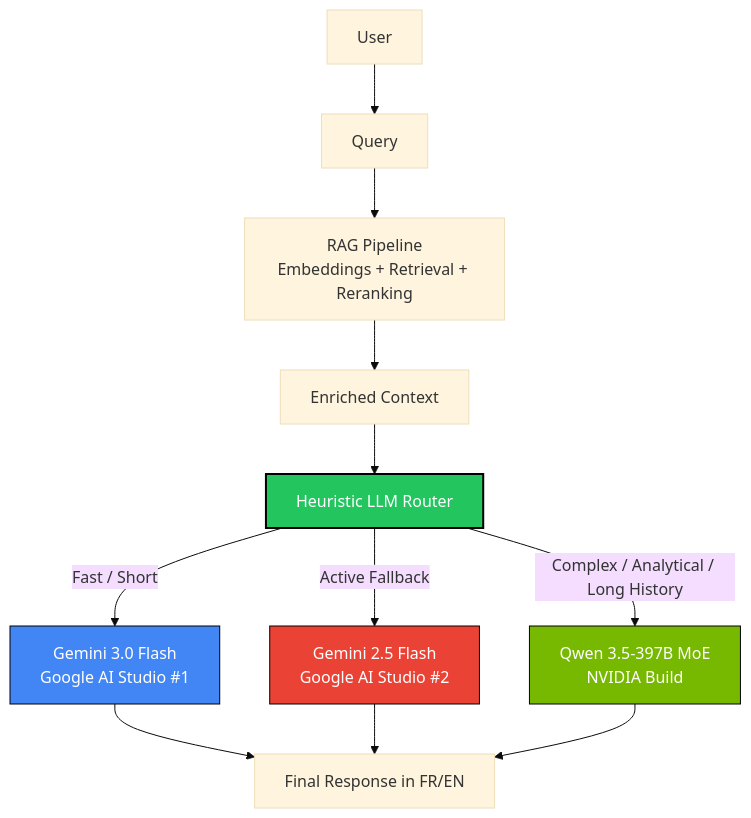
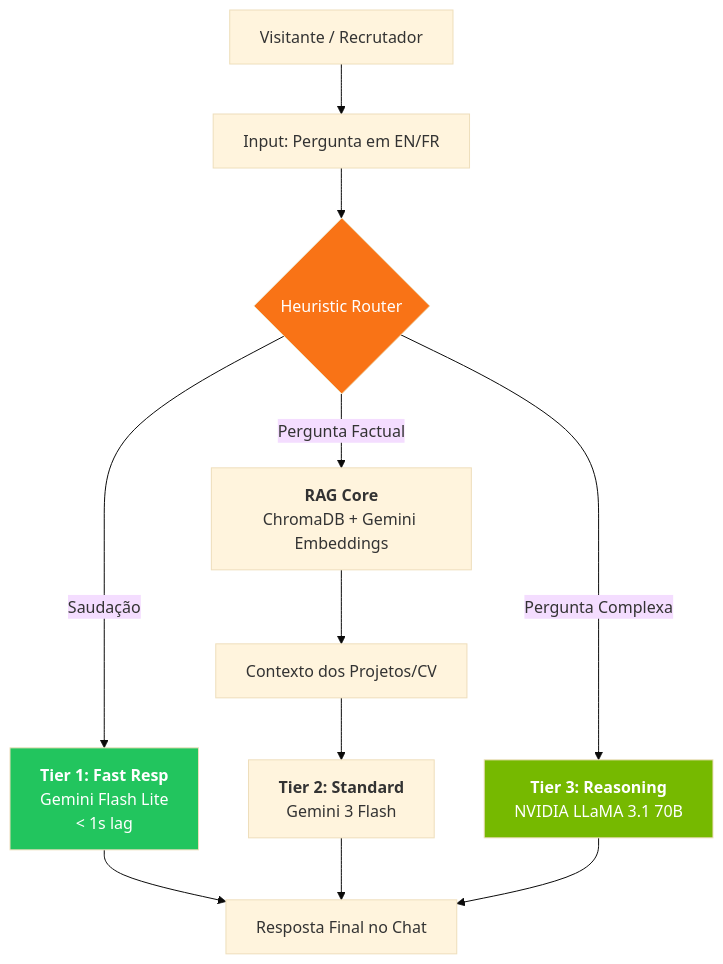
One commit to R-midolli/Midolli-AI changed the diagram in README.md. Above: the diagram before and after it, drawn with Mermaid (base theme). The commit also changed other lines of this file, not shown here.

Commit message:
docs: complete rewrite of README.md — v5.0 architecture, tri-tier router, Super-RAG, LLM-Judge

````diff
--- a/README.md
+++ b/README.md
@@ -28,21 +21,20 @@
 ```mermaid
 flowchart TD
-    A[User] --> B[Query]
-    B --> C[RAG Pipeline\nEmbeddings + Retrieval + Reranking]
-    C --> D[Enriched Context]
+    A[Visitante / Recrutador] --> B[Input: Pergunta em EN/FR]
+    B --> C{Heuristic Router}
     
-    D --> E[Heuristic LLM Router]
+    C -->|Saudação| D[<b>Tier 1: Fast Resp</b>\nGemini Flash Lite\n< 1s lag]
+    C -->|Pergunta Factual| E[<b>RAG Core</b>\nChromaDB + Gemini Embeddings]
+    C -->|Pergunta Complexa| F[<b>Tier 3: Reasoning</b>\nNVIDIA LLaMA 3.1 70B]
     
-    E -->|Fast / Short| F[Gemini 3.0 Flash\nGoogle AI Studio #1]
-    E -->|Active Fallback| G[Gemini 2.5 Flash\nGoogle AI Studio #2]
-    E -->|Complex / Analytical / Long History| H[Qwen 3.5-397B MoE\nNVIDIA Build]
+    E --> G[Contexto dos Projetos/CV]
+    G --> H[<b>Tier 2: Standard</b>\nGemini 3 Flash]
     
-    F --> I[Final Response in FR/EN]
-    G --> I
+    D --> I[Resposta Final no Chat]
     H --> I
+    F --> I
 
-    style E fill:#22c55e,color:#fff,stroke:#000,stroke-width:2px
-    style H fill:#76b900,color:#fff,stroke:#000,stroke-width:1px
-    style F fill:#4285f4,color:#fff,stroke:#000,stroke-width:1px
-    style G fill:#ea4335,color:#fff,stroke:#000,stroke-width:1px
+    style C fill:#f97316,color:#fff
+    style D fill:#22c55e,color:#fff
+    style F fill:#76b900,color:#fff
 ```
````
